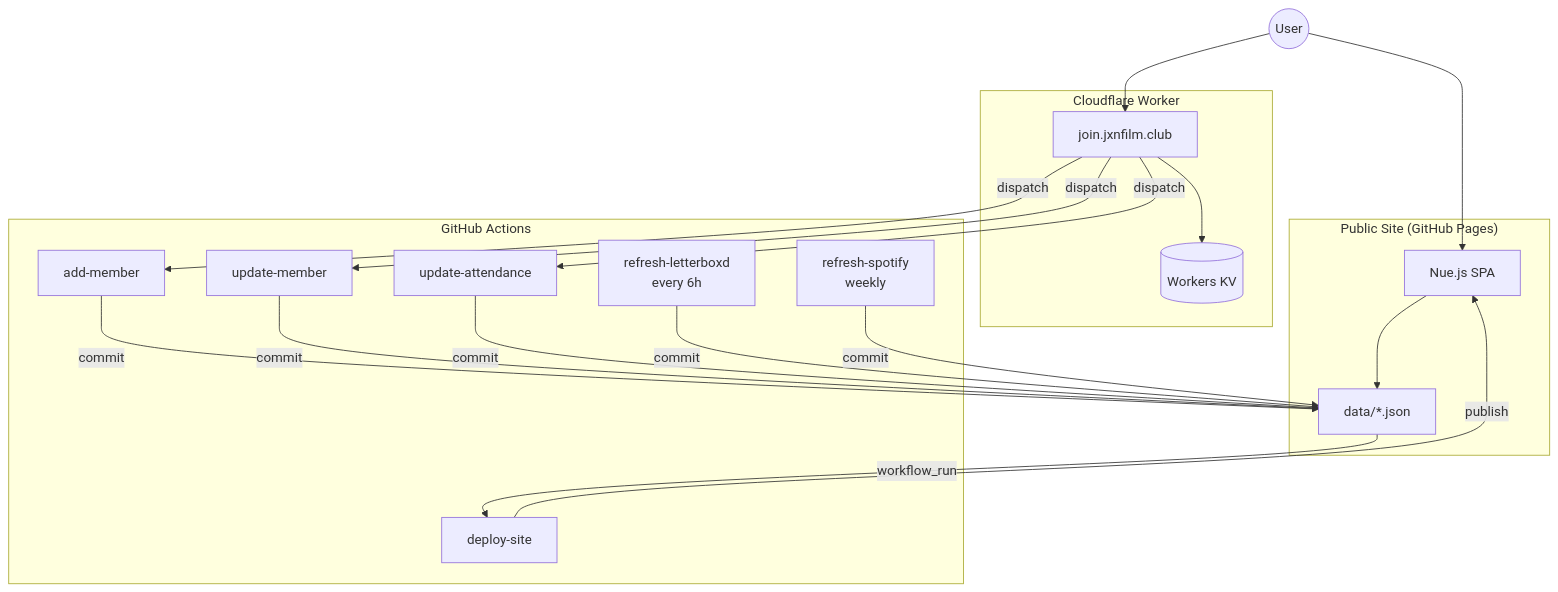
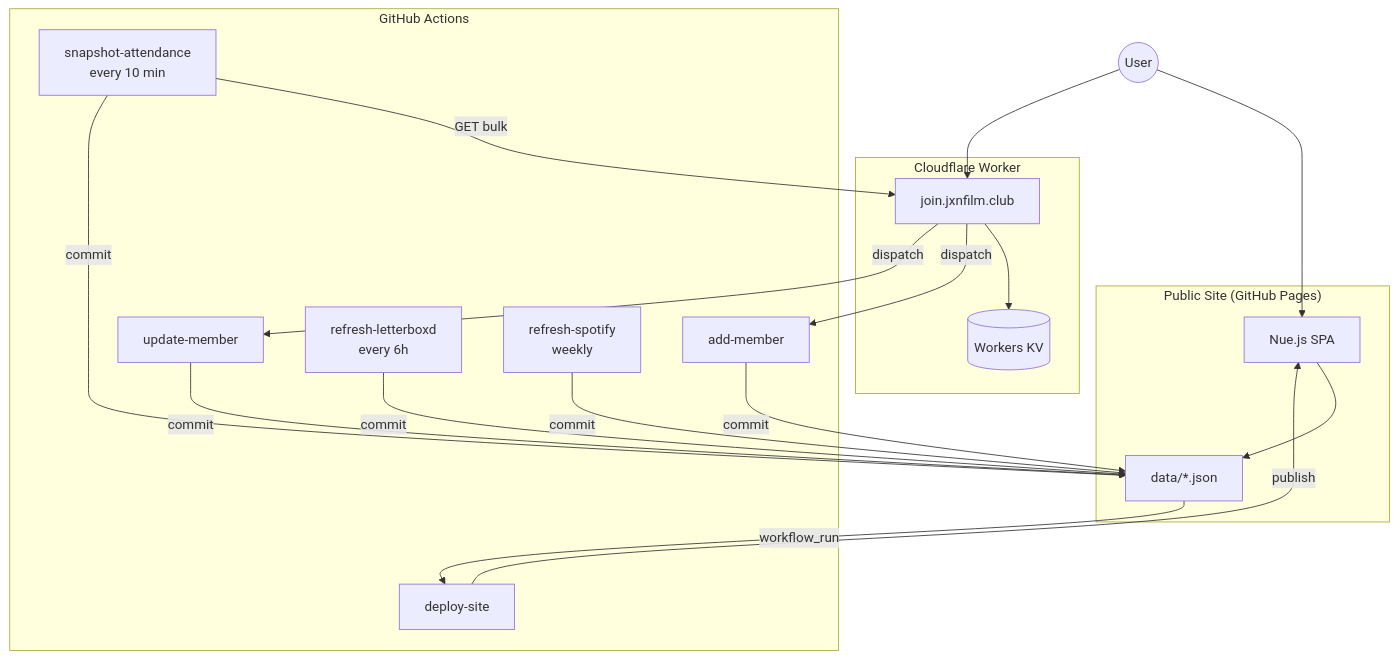
Before and after one commit to michaellambgelo/jxnfilmclub: the diagram in docs/features/README.md, drawn with Mermaid. The commit also changed 9 other files, not shown here.

First line of the commit message:
Replace per-click attendance dispatch with 10-minute snapshot

````diff
--- a/docs/features/README.md
+++ b/docs/features/README.md
@@ -22,31 +22,32 @@
 ```mermaid
 flowchart TB
     subgraph Public["Public Site (GitHub Pages)"]
         SPA[Nue.js SPA]
         Data[data/*.json]
     end
 
     subgraph Worker["Cloudflare Worker"]
         API[join.jxnfilm.club]
         KV[(Workers KV)]
     end
 
     subgraph Pipelines["GitHub Actions"]
         AddMember[add-member]
         UpdateMember[update-member]
-        UpdateAttend[update-attendance]
+        SnapshotAttend[snapshot-attendance<br/>every 10 min]
         RefreshLB[refresh-letterboxd<br/>every 6h]
         RefreshSpotify[refresh-spotify<br/>weekly]
         Deploy[deploy-site]
     end
 
     User((User)) --> SPA
     User --> API
     SPA --> Data
     API --> KV
-    API -->|dispatch| AddMember & UpdateMember & UpdateAttend
-    AddMember & UpdateMember & UpdateAttend -->|commit| Data
+    API -->|dispatch| AddMember & UpdateMember
+    SnapshotAttend -->|GET bulk| API
+    AddMember & UpdateMember & SnapshotAttend -->|commit| Data
     RefreshLB & RefreshSpotify -->|commit| Data
     Data -->|workflow_run| Deploy
     Deploy -->|publish| SPA
 ```
````
